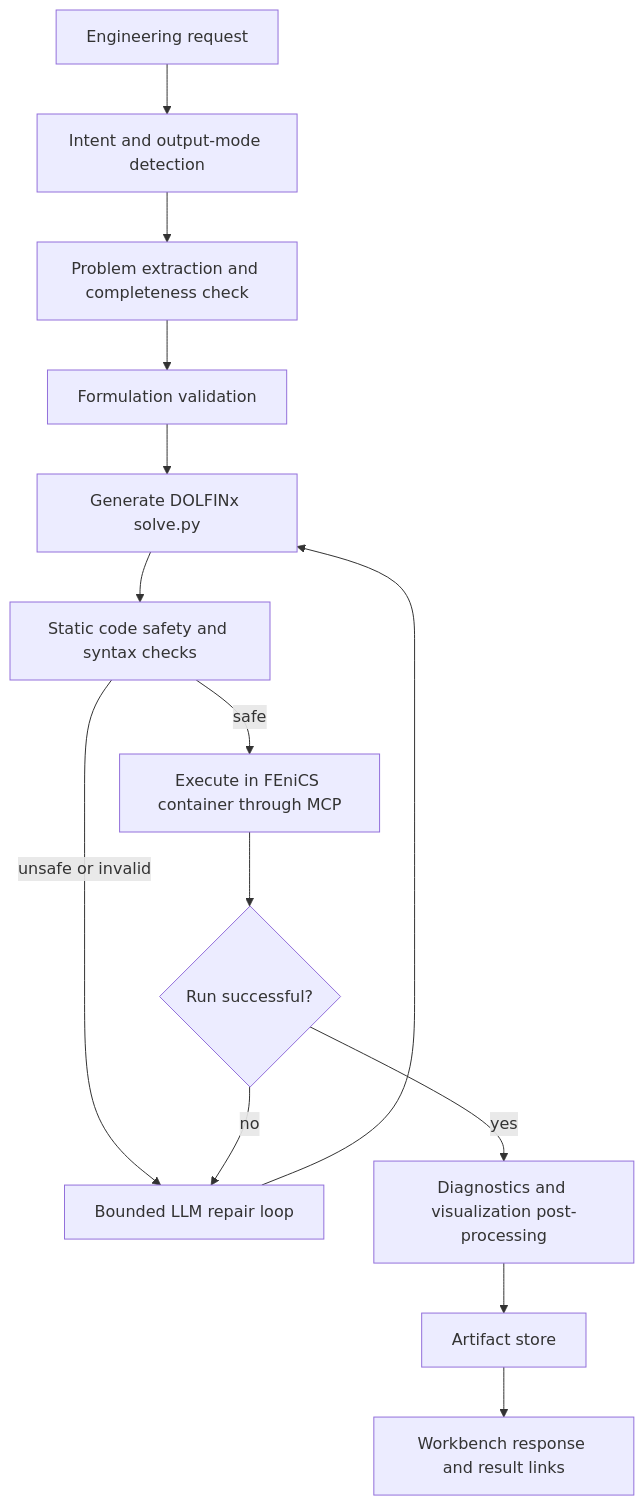
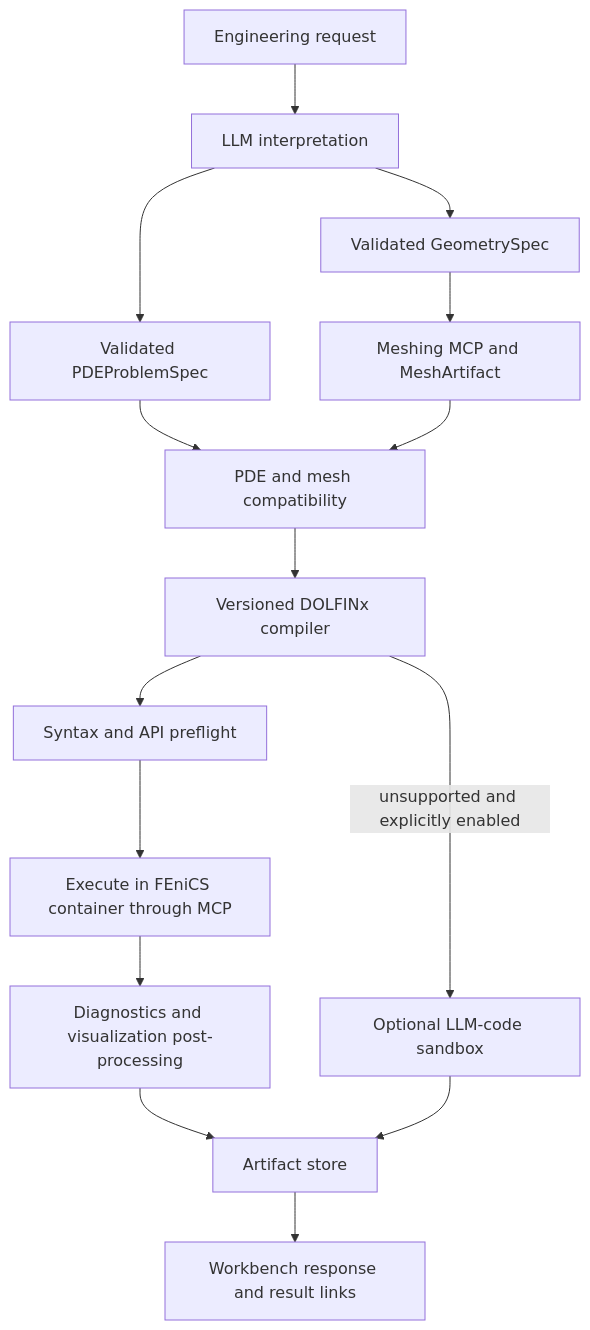
One commit to RadmirG/AES changed the second of 2 diagrams in README.md. Above: the diagram before and after it, drawn with Mermaid. The commit also changed other lines of this file and 60 other files, not shown here.

Commit message:
Implemented a combined typed PDE and geometry pipeline

````diff
--- a/README.md
+++ b/README.md
@@ -79,16 +88,17 @@
 ```mermaid
 flowchart TD
-    request["Engineering request"] --> gate["Intent and output-mode detection"]
-    gate --> extract["Problem extraction and completeness check"]
-    extract --> validate["Formulation validation"]
-    validate --> generate["Generate DOLFINx solve.py"]
-    generate --> safety["Static code safety and syntax checks"]
-    safety -->|"safe"| execute["Execute in FEniCS container through MCP"]
-    safety -->|"unsafe or invalid"| repair["Bounded LLM repair loop"]
-    repair --> generate
-    execute --> review{"Run successful?"}
-    review -->|"no"| repair
-    review -->|"yes"| visualize["Diagnostics and visualization post-processing"]
+    request["Engineering request"] --> extract["LLM interpretation"]
+    extract --> pde["Validated PDEProblemSpec"]
+    extract --> geometry["Validated GeometrySpec"]
+    geometry --> mesh["Meshing MCP and MeshArtifact"]
+    pde --> compatible["PDE and mesh compatibility"]
+    mesh --> compatible
+    compatible --> compiler["Versioned DOLFINx compiler"]
+    compiler --> safety["Syntax and API preflight"]
+    safety --> execute["Execute in FEniCS container through MCP"]
+    execute --> visualize["Diagnostics and visualization post-processing"]
     visualize --> store["Artifact store"]
     store --> response["Workbench response and result links"]
+    compiler -->|"unsupported and explicitly enabled"| experimental["Optional LLM-code sandbox"]
+    experimental --> store
 ```
````
